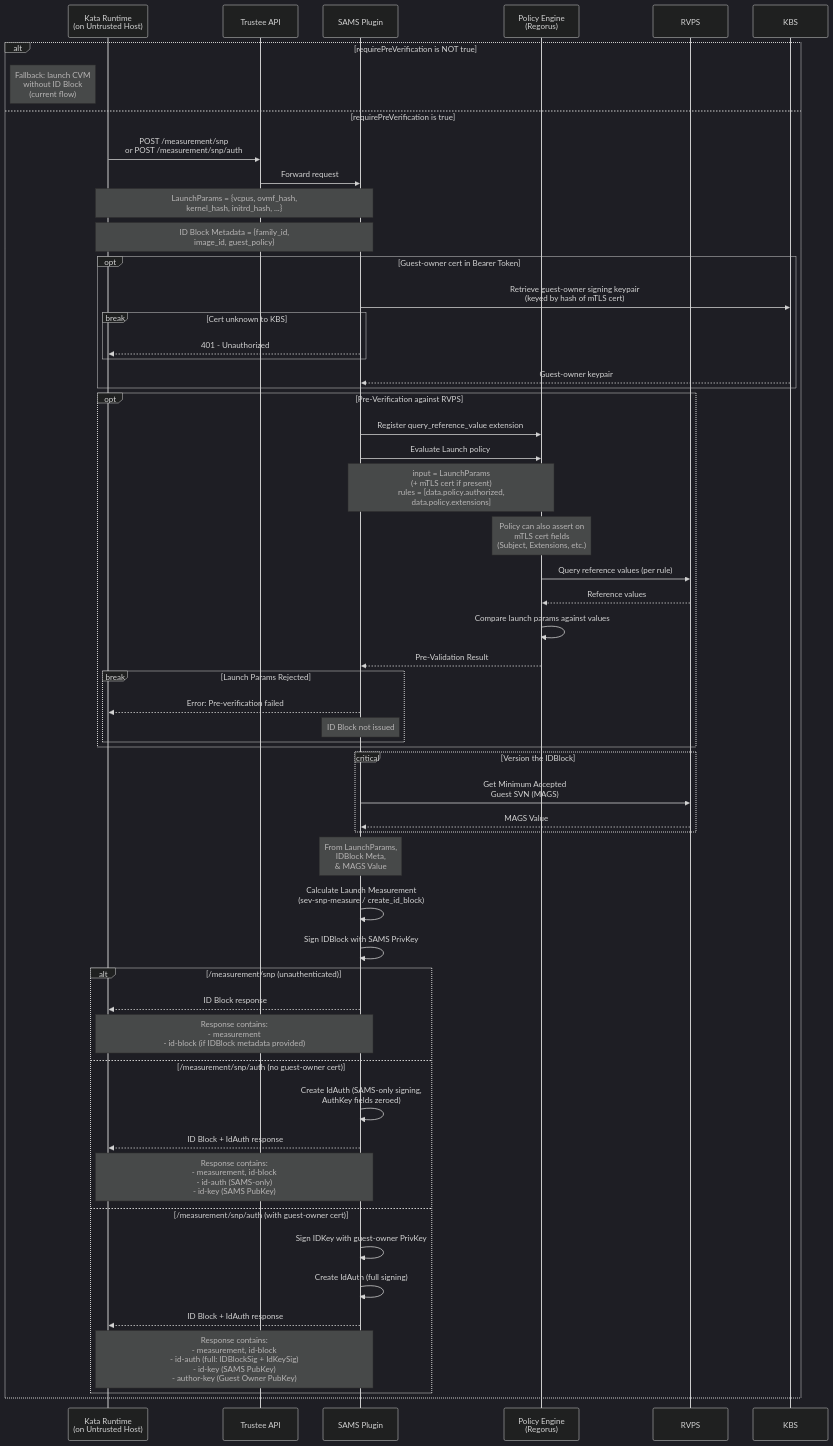
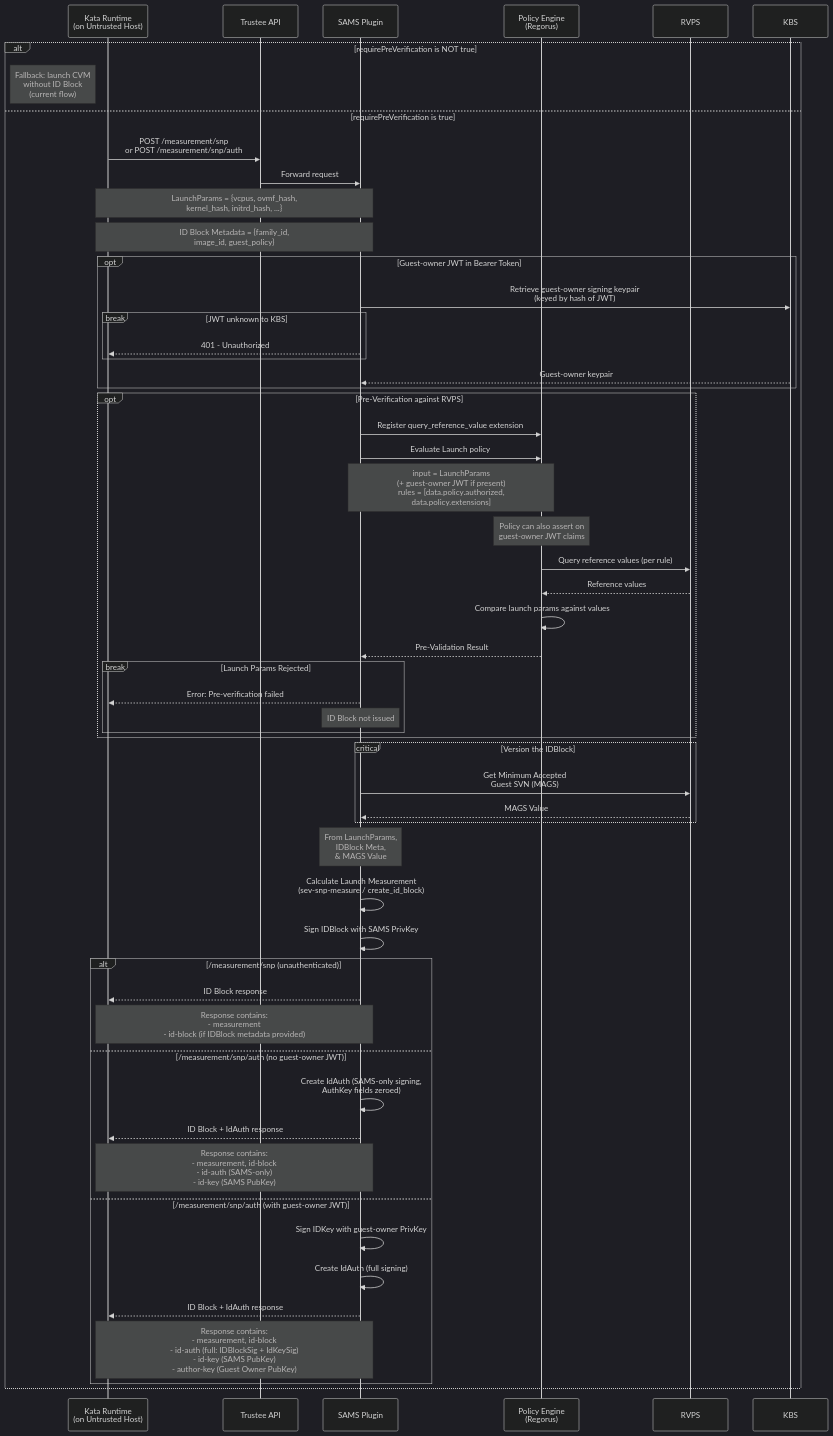
Before and after one commit to amd-cmaxwell/trustee: the second of 6 diagrams in kbs/src/plugins/implementations/sams/README.md, drawn with Mermaid (dark theme). The commit also changed other lines of this file and 2 other files, not shown here.

First line of the commit message:
kbs: replace mTLS with JWT-based auth in SAMS docs

````diff
--- a/kbs/src/plugins/implementations/sams/README.md
+++ b/kbs/src/plugins/implementations/sams/README.md
@@ -185,64 +180,64 @@
 ```mermaid
 sequenceDiagram
     participant kata_runtime as Kata Runtime<br>(on Untrusted Host)
     participant api as Trustee API
     participant sams as SAMS Plugin
     participant policy_engine as Policy Engine<br>(Regorus)
     participant rvps as RVPS
     participant kbs as KBS
 
     alt requirePreVerification is NOT true
         note left of kata_runtime: Fallback: launch CVM<br>without ID Block<br>(current flow)
     else requirePreVerification is true
         kata_runtime ->> api: POST /measurement/snp<br>or POST /measurement/snp/auth
         api ->> sams: Forward request
 
         note over kata_runtime, sams: LaunchParams = {vcpus, ovmf_hash,<br>kernel_hash, initrd_hash, ...}
         note over kata_runtime, sams: ID Block Metadata = {family_id,<br>image_id, guest_policy}
 
-        opt Guest-owner cert in Bearer Token
-            sams ->> kbs: Retrieve guest-owner signing keypair<br>(keyed by hash of mTLS cert)
-            break Cert unknown to KBS
+        opt Guest-owner JWT in Bearer Token
+            sams ->> kbs: Retrieve guest-owner signing keypair<br>(keyed by hash of JWT)
+            break JWT unknown to KBS
                 sams -->> kata_runtime: 401 - Unauthorized
             end
             kbs -->> sams: Guest-owner keypair
         end
 
         opt Pre-Verification against RVPS
             sams ->> policy_engine: Register query_reference_value extension
             sams ->> policy_engine: Evaluate Launch policy
-            note over sams, policy_engine: input = LaunchParams<br>(+ mTLS cert if present)<br>rules = [data.policy.authorized,<br>data.policy.extensions]
-            note over policy_engine: Policy can also assert on<br>mTLS cert fields<br>(Subject, Extensions, etc.)
+            note over sams, policy_engine: input = LaunchParams<br>(+ guest-owner JWT if present)<br>rules = [data.policy.authorized,<br>data.policy.extensions]
+            note over policy_engine: Policy can also assert on<br>guest-owner JWT claims
             policy_engine ->> rvps: Query reference values (per rule)
             rvps -->> policy_engine: Reference values
             policy_engine ->> policy_engine: Compare launch params against values
             policy_engine -->> sams: Pre-Validation Result
             break Launch Params Rejected
                 sams -->> kata_runtime: Error: Pre-verification failed
                 note over sams: ID Block not issued
             end
         end
 
         critical Version the IDBlock
             sams ->> rvps: Get Minimum Accepted <br>Guest SVN (MAGS)
             rvps -->> sams: MAGS Value
         end
         note over sams: From LaunchParams,<br> IDBlock Meta,<br> & MAGS Value
         sams ->> sams: Calculate Launch Measurement<br>(sev-snp-measure / create_id_block)
         sams ->> sams: Sign IDBlock with SAMS PrivKey
 
         alt /measurement/snp (unauthenticated)
             sams -->> kata_runtime: ID Block response
             note over sams, kata_runtime: Response contains:<br>- measurement<br>- id-block (if IDBlock metadata provided)
-        else /measurement/snp/auth (no guest-owner cert)
+        else /measurement/snp/auth (no guest-owner JWT)
             sams ->> sams: Create IdAuth (SAMS-only signing,<br>AuthKey fields zeroed)
             sams -->> kata_runtime: ID Block + IdAuth response
             note over sams, kata_runtime: Response contains:<br>- measurement, id-block<br>- id-auth (SAMS-only)<br>- id-key (SAMS PubKey)
-        else /measurement/snp/auth (with guest-owner cert)
+        else /measurement/snp/auth (with guest-owner JWT)
             sams ->> sams: Sign IDKey with guest-owner PrivKey
             sams ->> sams: Create IdAuth (full signing)
             sams -->> kata_runtime: ID Block + IdAuth response
             note over sams, kata_runtime: Response contains:<br>- measurement, id-block<br>- id-auth (full: IDBlockSig + IdKeySig)<br>- id-key (SAMS PubKey)<br>- author-key (Guest Owner PubKey)
         end
     end
 ```
````
